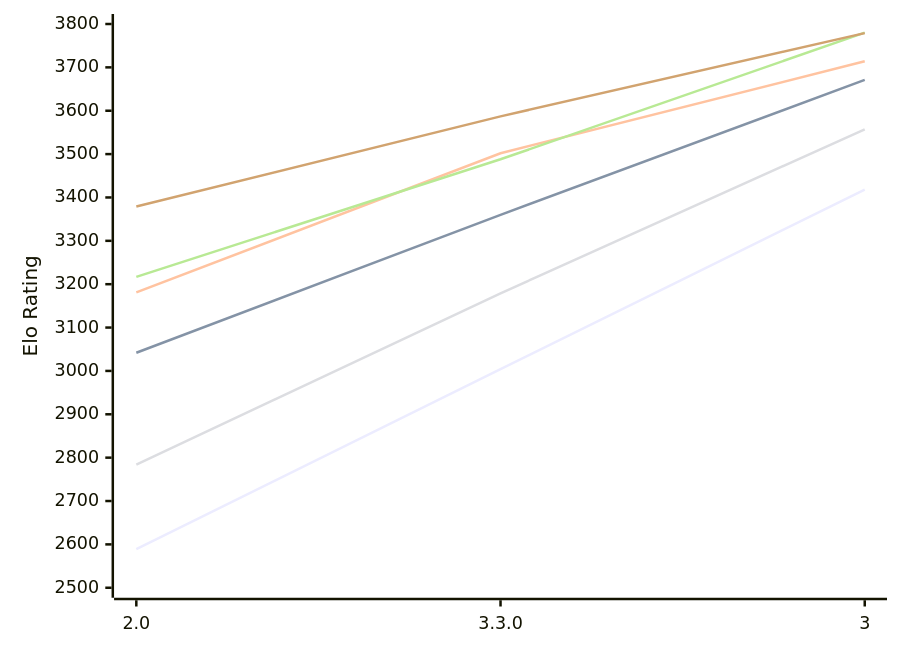
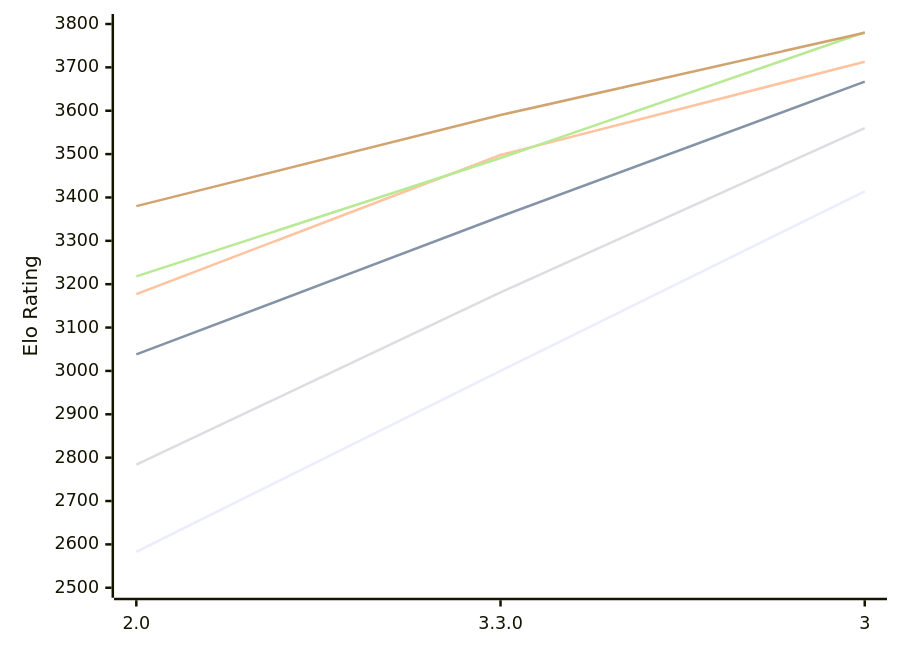
One commit to computer-chess-index/cci changed the diagram in engines/Ravager.md. Above: the diagram before and after it, drawn with Mermaid. The commit also changed other lines of this file, not shown here.

Commit message:
Update CCI Ratings (ELO VLTC) - 2026-11-09

````diff
--- a/engines/Ravager.md
+++ b/engines/Ravager.md
@@ -51,12 +51,12 @@
 ```mermaid
 %%{init: {"theme":"base","themeVariables":{"seriesColors:['#a3a3a3','#222221','#faa371']}}}%%
 xychart-beta
   x-axis ["2.0", "3.3.0", "3"]
   y-axis "Elo Rating" 2500 --> 3800
-  line "E1: STC (8.0+0.08s)" [2589, 3004, 3418]
-  line "E1: LTC (60.0+0.60s)" [3042, 3360, 3671]
-  line "E1: VLTC (2m24s+1.12s)" [3181, 3502, 3714]
-  line "P1: STC (8.0+0.08s)" [2784, 3179, 3557]
-  line "P1: LTC (60.0+0.60s)" [3217, 3488, 3780]
-  line "P1: VLTC (2m24s+1.12s)" [3379, 3587, 3779]
+  line "E1: STC (8.0+0.08s)" [2583, 3000, 3414]
+  line "E1: LTC (60.0+0.60s)" [3038, 3356, 3667]
+  line "E1: VLTC (2m24s+1.12s)" [3177, 3498, 3713]
+  line "P1: STC (8.0+0.08s)" [2784, 3181, 3560]
+  line "P1: LTC (60.0+0.60s)" [3218, 3491, 3781]
+  line "P1: VLTC (2m24s+1.12s)" [3380, 3590, 3780]
 ```
````
